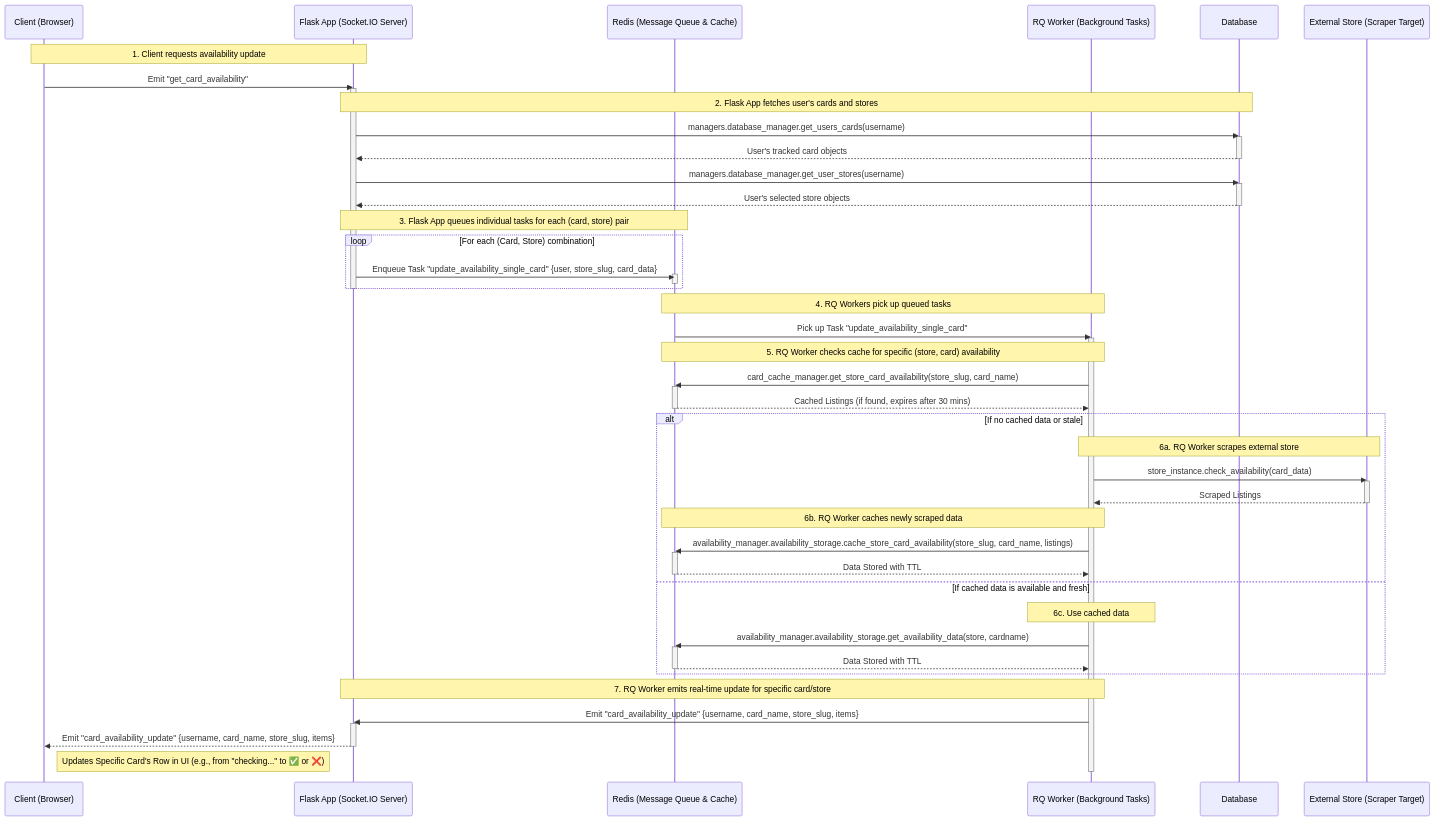
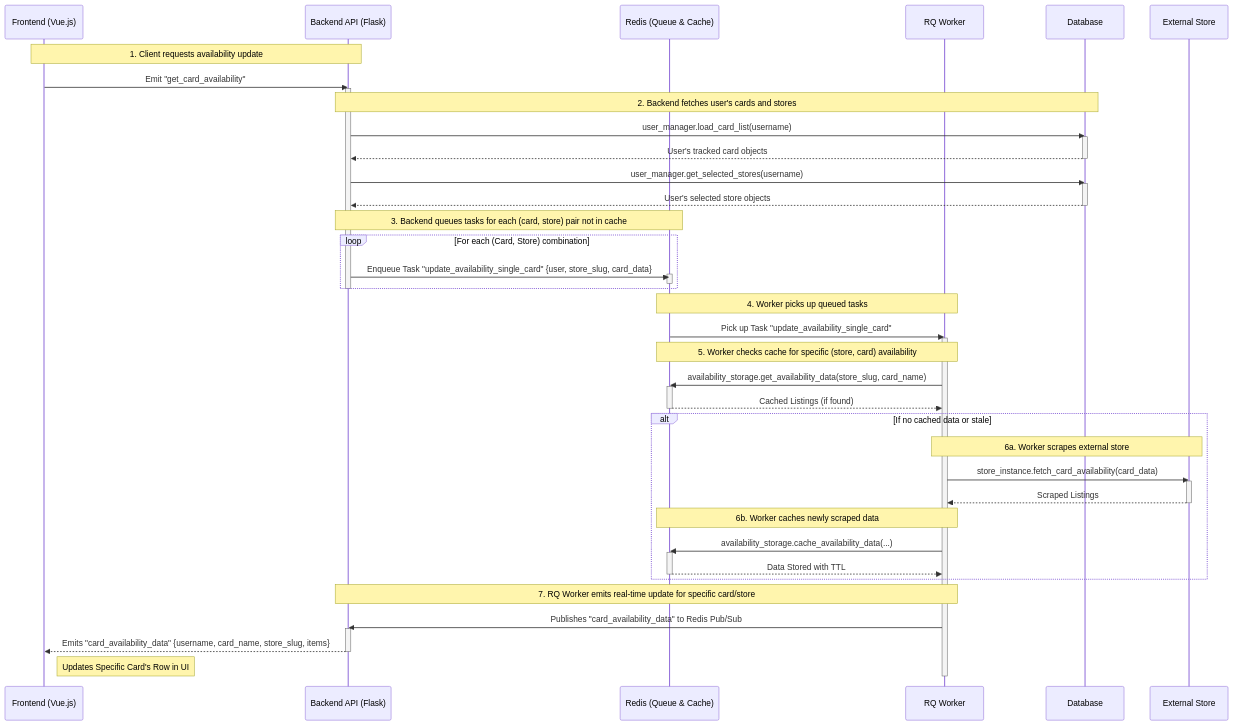
Before and after one commit to smileyface/LGS-Stock-Checker: the fourth of 7 diagrams in docs/docs.md, drawn with Mermaid. The commit also changed other lines of this file and 78 other files, not shown here.

````diff
--- a/docs/docs.md
+++ b/docs/docs.md
@@ -47,69 +96,61 @@
 ```mermaid
 sequenceDiagram
-    participant Browser as Client (Browser)
-    participant FlaskApp as Flask App (Socket.IO Server)
-    participant Redis as Redis (Message Queue & Cache)
-    participant RQWorker as RQ Worker (Background Tasks)
-    participant Database as Database
-    participant ExternalStore as External Store (Scraper Target)
+    participant Client as Frontend (Vue.js)
+    participant Backend as Backend API (Flask)
+    participant Redis as Redis (Queue & Cache)
+    participant Worker as RQ Worker
+    participant DB as Database
+    participant ExternalStore as External Store
 
-    Note over Browser, FlaskApp: 1. Client requests availability update
-    Browser->>FlaskApp: Emit "get_card_availability"
-    activate FlaskApp
+    Note over Client, Backend: 1. Client requests availability update
+    Client->>Backend: Emit "get_card_availability"
+    activate Backend
 
-    Note over FlaskApp, Database: 2. Flask App fetches user's cards and stores
-    FlaskApp->>Database: managers.database_manager.get_users_cards(username)
-    activate Database
-    Database-->>FlaskApp: User's tracked card objects
-    deactivate Database
-    FlaskApp->>Database: managers.database_manager.get_user_stores(username)
-    activate Database
-    Database-->>FlaskApp: User's selected store objects
-    deactivate Database
+    Note over Backend, DB: 2. Backend fetches user's cards and stores
+    Backend->>DB: user_manager.load_card_list(username)
+    activate DB
+    DB-->>Backend: User's tracked card objects
+    deactivate DB
+    Backend->>DB: user_manager.get_selected_stores(username)
+    activate DB
+    DB-->>Backend: User's selected store objects
+    deactivate DB
 
-    Note over FlaskApp, Redis: 3. Flask App queues individual tasks for each (card, store) pair
+    Note over Backend, Redis: 3. Backend queues tasks for each (card, store) pair not in cache
     loop For each (Card, Store) combination
-        FlaskApp->>Redis: Enqueue Task "update_availability_single_card" {user, store_slug, card_data}
+        Backend->>Redis: Enqueue Task "update_availability_single_card" {user, store_slug, card_data}
         activate Redis
         deactivate Redis
     end
-    deactivate FlaskApp
+    deactivate Backend
 
-    Note over Redis, RQWorker: 4. RQ Workers pick up queued tasks
-    Redis->>RQWorker: Pick up Task "update_availability_single_card"
-    activate RQWorker
-
-    Note over RQWorker, Redis: 5. RQ Worker checks cache for specific (store, card) availability
-    RQWorker->>Redis: card_cache_manager.get_store_card_availability(store_slug, card_name)
+    Note over Redis, Worker: 4. Worker picks up queued tasks
+    Redis->>Worker: Pick up Task "update_availability_single_card"
+    activate Worker
+    Note over Worker, Redis: 5. Worker checks cache for specific (store, card) availability
+    Worker->>Redis: availability_storage.get_availability_data(store_slug, card_name)
     activate Redis
-    Redis-->>RQWorker: Cached Listings (if found, expires after 30 mins)
+    Redis-->>Worker: Cached Listings (if found)
     deactivate Redis
 
     alt If no cached data or stale
-        Note over RQWorker, ExternalStore: 6a. RQ Worker scrapes external store
-        RQWorker->>ExternalStore: store_instance.check_availability(card_data)
+        Note over Worker, ExternalStore: 6a. Worker scrapes external store
+        Worker->>ExternalStore: store_instance.fetch_card_availability(card_data)
         activate ExternalStore
-        ExternalStore-->>RQWorker: Scraped Listings
+        ExternalStore-->>Worker: Scraped Listings
         deactivate ExternalStore
-        Note over RQWorker, Redis: 6b. RQ Worker caches newly scraped data
-        RQWorker->>Redis: availability_manager.availability_storage.cache_store_card_availability(store_slug, card_name, listings)
+        Note over Worker, Redis: 6b. Worker caches newly scraped data
+        Worker->>Redis: availability_storage.cache_availability_data(...)
         activate Redis
-        Redis-->>RQWorker: Data Stored with TTL
-        deactivate Redis
-    else If cached data is available and fresh
-        Note over RQWorker: 6c. Use cached data
-        RQWorker->>Redis: availability_manager.availability_storage.get_availability_data(store, cardname)
-        activate Redis
-        Redis-->>RQWorker: Data Stored with TTL
+        Redis-->>Worker: Data Stored with TTL
         deactivate Redis
     end
+    Note over Worker, Backend: 7. RQ Worker emits real-time update for specific card/store
+    Worker->>Backend: Publishes "card_availability_data" to Redis Pub/Sub
+    activate Backend
+    Backend-->>Client: Emits "card_availability_data" {username, card_name, store_slug, items}
+    deactivate Backend
+    Note right of Client: Updates Specific Card's Row in UI
 
-    Note over RQWorker, FlaskApp: 7. RQ Worker emits real-time update for specific card/store
-    RQWorker->>FlaskApp: Emit "card_availability_update" {username, card_name, store_slug, items}
-    activate FlaskApp
-    FlaskApp-->>Browser: Emit "card_availability_update" {username, card_name, store_slug, items}
-    deactivate FlaskApp
-    Note right of Browser: Updates Specific Card's Row in UI (e.g., from "checking..." to ✅ or ❌)
-
-    deactivate RQWorker
+    deactivate Worker
 ```
````
